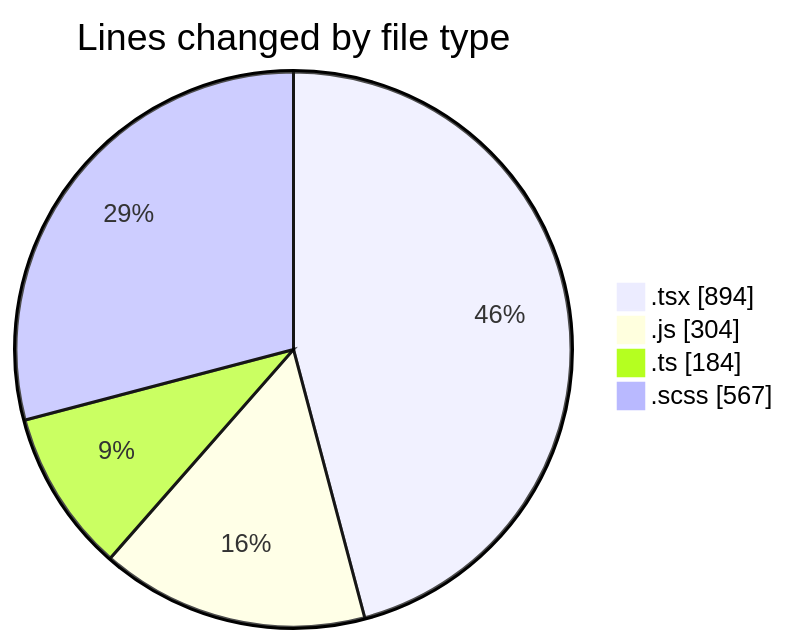
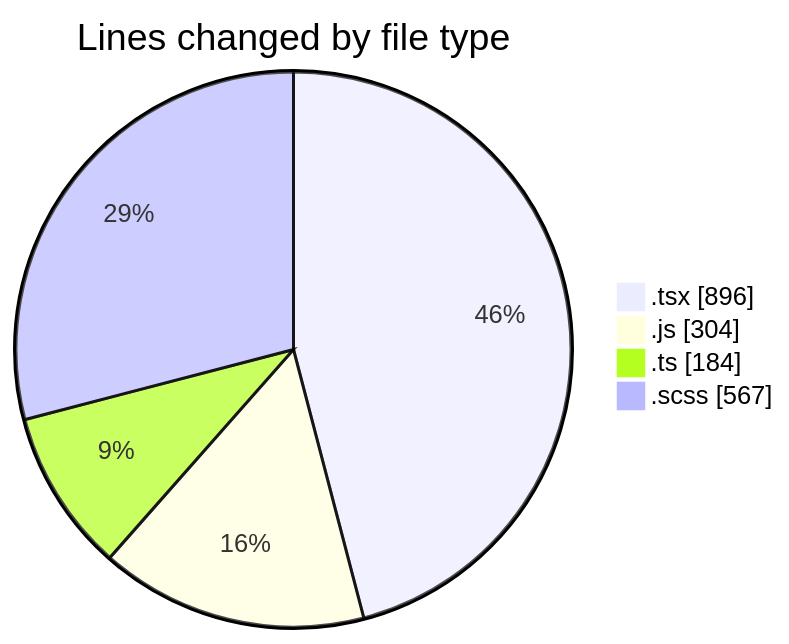
The first of 2 diagrams in 2025-02-26/cda/README.md (momahboobian/code-tracking), drawn with Mermaid before and after one commit. The commit also changed other lines of this file and 1 other file, not shown here.

````diff
--- a/2025-02-26/cda/README.md
+++ b/2025-02-26/cda/README.md
@@ -37,8 +37,8 @@
 ```mermaid
 pie showData
 title Lines changed by file type
-".tsx" : 894
+".tsx" : 896
 ".js" : 304
 ".ts" : 184
 ".scss" : 567
 ```
````
